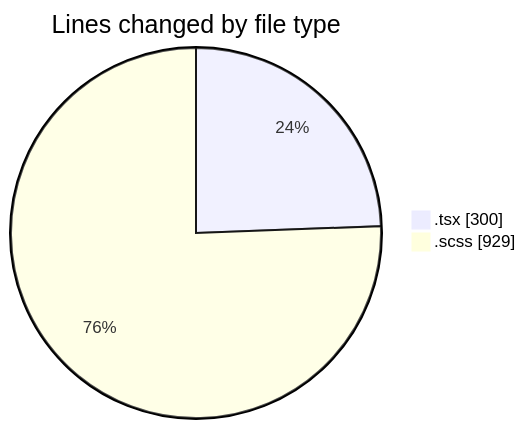
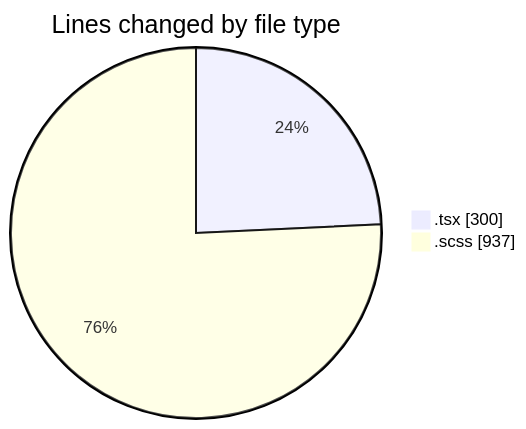
The first of 2 diagrams in 2025-09-19/cda/README.md (momahboobian/code-tracking), drawn with Mermaid before and after one commit. The commit also changed other lines of this file and 1 other file, not shown here.

````diff
--- a/2025-09-19/cda/README.md
+++ b/2025-09-19/cda/README.md
@@ -21,6 +21,6 @@
 ```mermaid
 pie showData
 title Lines changed by file type
 ".tsx" : 300
-".scss" : 929
+".scss" : 937
 ```
````
